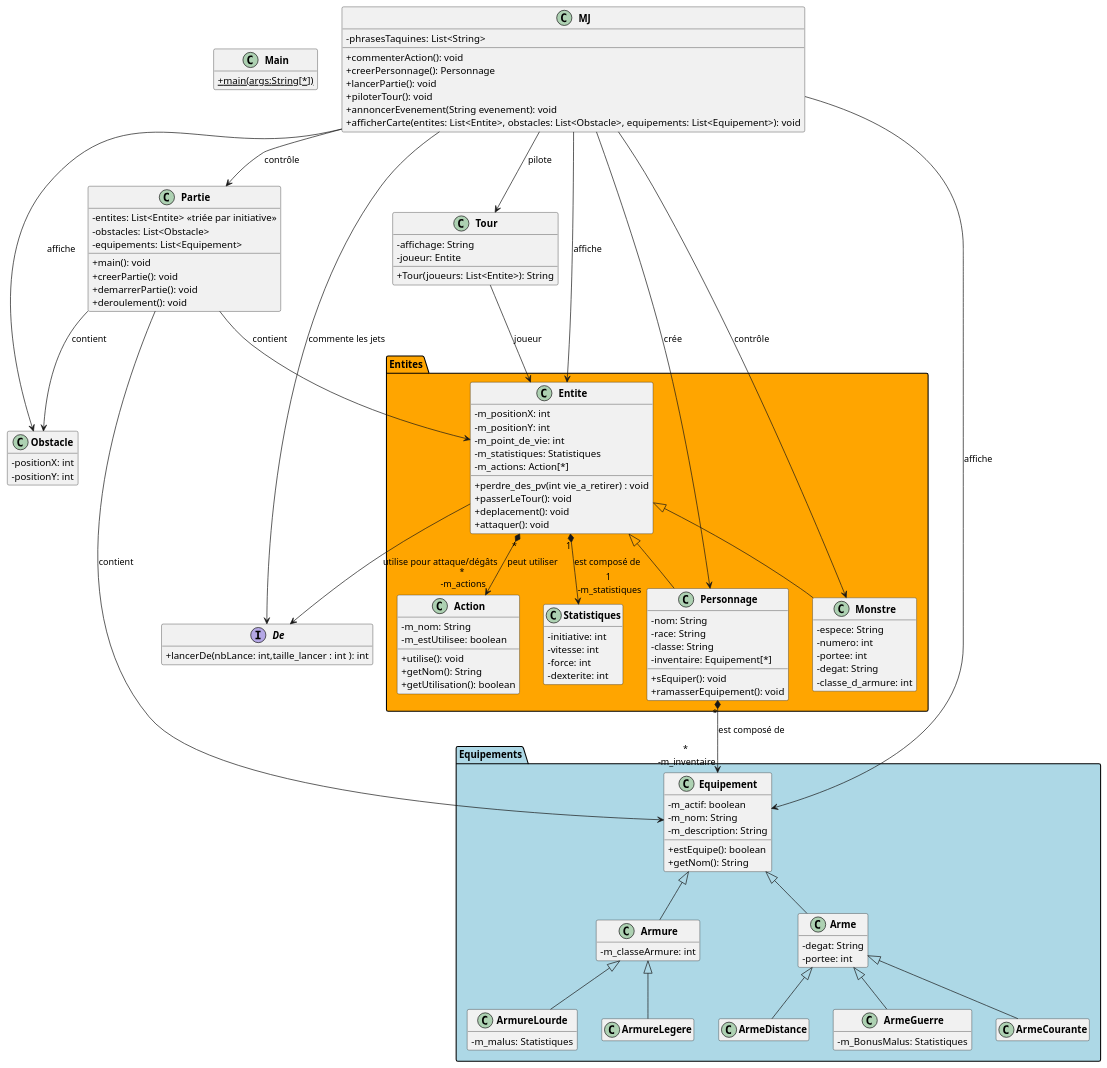
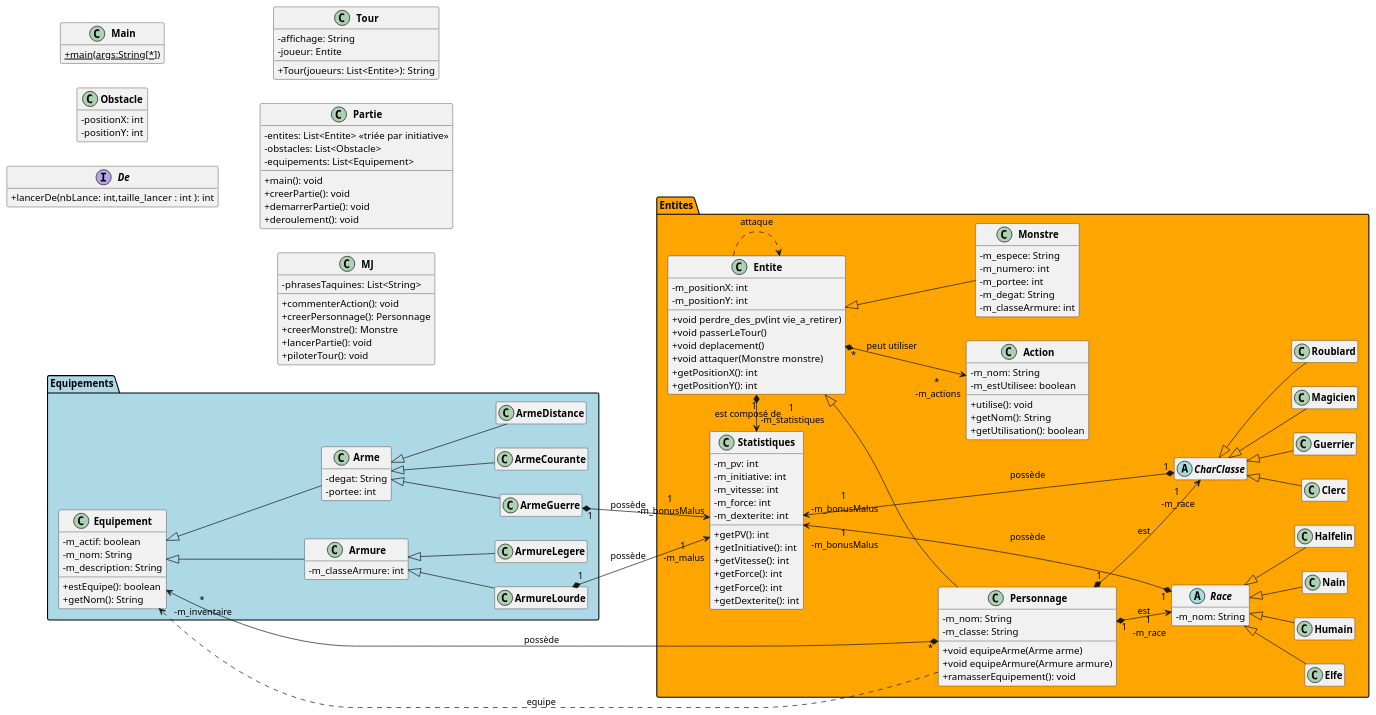
Before and after one commit to Lejo54/DnD_POO: the diagram in uml/semaine1.puml, drawn with PlantUML. The commit also changed 3 other files, not shown here.

Commit message:
update uml: remise au propre Entité/Equipement

```diff
--- a/uml/semaine1.puml
+++ b/uml/semaine1.puml
@@ -1,145 +1,170 @@
 @startuml
 skinparam classAttributeIconSize 0
 skinparam classFontStyle Bold
+left to right direction
 'skinparam style strictuml
 hide empty members
 
 class Main
 {
     +{static} main(args:String[*])
 }
 
 package Entites #Orange{
     class Entite {
       - m_positionX: int
       - m_positionY: int
-      - m_point_de_vie: int
-      - m_statistiques: Statistiques
-      - m_actions: Action[*]
-      + perdre_des_pv(int vie_a_retirer) : void
-      + passerLeTour(): void
-      + deplacement(): void
-      + attaquer(): void
+      + void perdre_des_pv(int vie_a_retirer)
+      + void passerLeTour()
+      + void deplacement()
+      + void attaquer(Monstre monstre)
+      + getPositionX(): int
+      + getPositionY(): int
     }
     class Action{
       - m_nom: String
       - m_estUtilisee: boolean
       + utilise(): void
       + getNom(): String
       + getUtilisation(): boolean
     }
     class Statistiques {
-      - initiative: int
-      - vitesse: int
-      - force: int
-      - dexterite: int
+      - m_pv: int
+      - m_initiative: int
+      - m_vitesse: int
+      - m_force: int
+      - m_dexterite: int
+      + getPV(): int
+      +getInitiative(): int
+      +getVitesse(): int
+      +getForce(): int
+      +getForce(): int
+      +getDexterite(): int
     }
 
     class Personnage extends Entite {
-      - nom: String
-      - race: String
-      - classe: String
-      - inventaire: Equipement[*]
-      + sEquiper(): void
+      - m_nom: String
+      - m_classe: String
+      + void equipeArme(Arme arme)
+      + void equipeArmure(Armure armure)
       + ramasserEquipement(): void
     }
 
     class Monstre extends Entite{
-      - espece: String
-      - numero: int
-      - portee: int
-      - degat: String
-      - classe_d_armure: int
+      - m_espece: String
+      - m_numero: int
+      - m_portee: int
+      - m_degat: String
+      - m_classeArmure: int
+
     }
+    abstract class Race{
+      - m_nom: String
+    }
+    class Elfe extends Race{}
+    class Humain extends Race{}
+    class Nain extends Race{}
+    class Halfelin extends Race{}
+
+    abstract class CharClasse{}
+    class Clerc extends CharClasse{}
+    class Guerrier extends CharClasse{}
+    class Magicien extends CharClasse{}
+    class Roublard extends CharClasse{}
  'lien Entites
-  Entite "1" *--> "1\n -m_statistiques" Statistiques : est composé de
+  Entite "1" *-left-> "1\n -m_statistiques" Statistiques : est composé de
   Entite "*" *--> "*\n -m_actions" Action: peut utiliser
+  Personnage "1" *--> "1\n -m_race" Race: est
+  Race "1" *--> "1\n -m_bonusMalus" Statistiques: possède
+  Personnage "1" *--> "1\n -m_race" CharClasse: est
+  CharClasse "1" *--> "1\n -m_bonusMalus" Statistiques: possède
+  Entite .> Entite : attaque
+
 }
 
 package Equipements #LightBlue{
 
     class Equipement {
       - m_actif: boolean
       - m_nom: String
       - m_description: String
       + estEquipe(): boolean
       + getNom(): String
     }
 
     class Armure extends Equipement {
       - m_classeArmure: int
     }
     class ArmureLourde extends Armure{
-      - m_malus: Statistiques
     }
     class ArmureLegere extends Armure{
     }
 
     class Arme extends Equipement {
       - degat: String
       - portee: int
     }
     class ArmeGuerre extends Arme{
-      - m_BonusMalus: Statistiques
     }
     class ArmeCourante extends Arme{
     }
     class ArmeDistance extends Arme{
     }
 }
 'lien entre Equipements et Entites
-Personnage "*" *--> "*\n -m_inventaire" Equipement: est composé de
-
+Personnage "*" *--> "*\n -m_inventaire" Equipement: possède
+ArmeGuerre "1" *--> "1\n -m_bonusMalus" Statistiques: possède
+ArmureLourde "1" *--> "1\n -m_malus" Statistiques: possède
+Personnage .> Equipement : equipe
 class Obstacle {
   - positionX: int
   - positionY: int
 }
 
 interface De {
   + lancerDe(nbLance: int,taille_lancer : int ): int
 }
 
 class Tour {
   - affichage: String
   - joueur: Entite
   + Tour(joueurs: List<Entite>): String
 }
 
 class Partie {
   - entites: List<Entite> <<triée par initiative>>
   - obstacles: List<Obstacle>
   - equipements: List<Equipement>
   + main(): void
   + creerPartie(): void
   + demarrerPartie(): void
   + deroulement(): void
 }
 
 class MJ {
   - phrasesTaquines: List<String>
   + commenterAction(): void
   + creerPersonnage(): Personnage
+  + creerMonstre(): Monstre
   + lancerPartie(): void
   + piloterTour(): void
-  + annoncerEvenement(String evenement): void
-  + afficherCarte(entites: List<Entite>, obstacles: List<Obstacle>, equipements: List<Equipement>): void
 }
 
 ' Liens logiques
-MJ --> Personnage : crée
+/'MJ --> Personnage : crée
 MJ --> Partie : contrôle
 MJ --> Tour : pilote
 MJ --> Monstre : contrôle
 MJ --> De : commente les jets
 MJ --> Entite : affiche
 MJ --> Obstacle : affiche
 MJ --> Equipement : affiche
 Tour --> Entite : joueur
 Partie --> Entite : contient
 Partie --> Obstacle : contient
 Partie --> Equipement : contient
-Entite --> De : utilise pour attaque/dégâts
+Entite --> De : utilise pour attaque/dégâts '/
 
 
 
 @enduml
```
